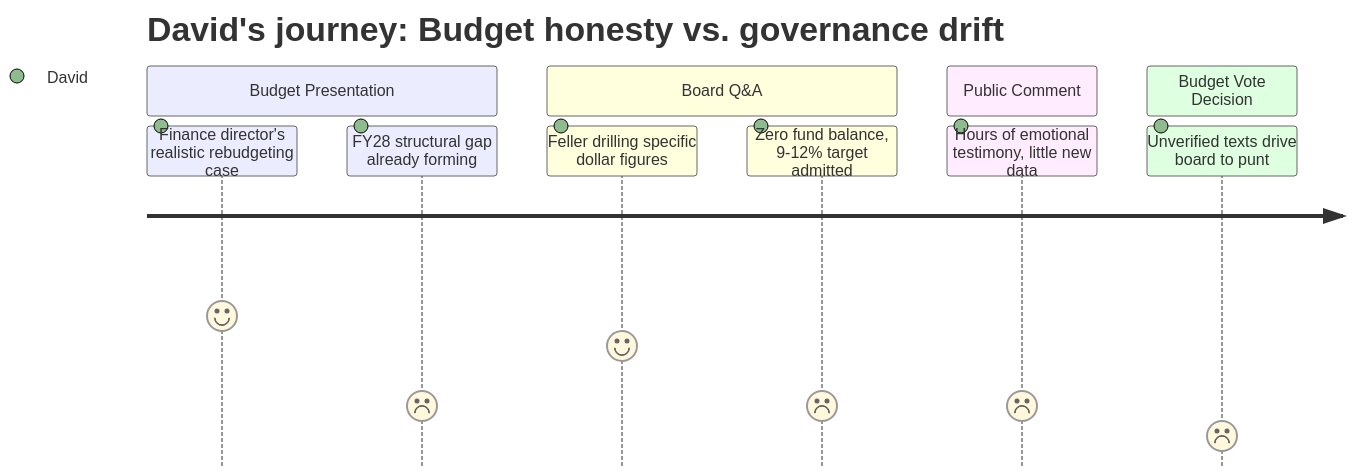
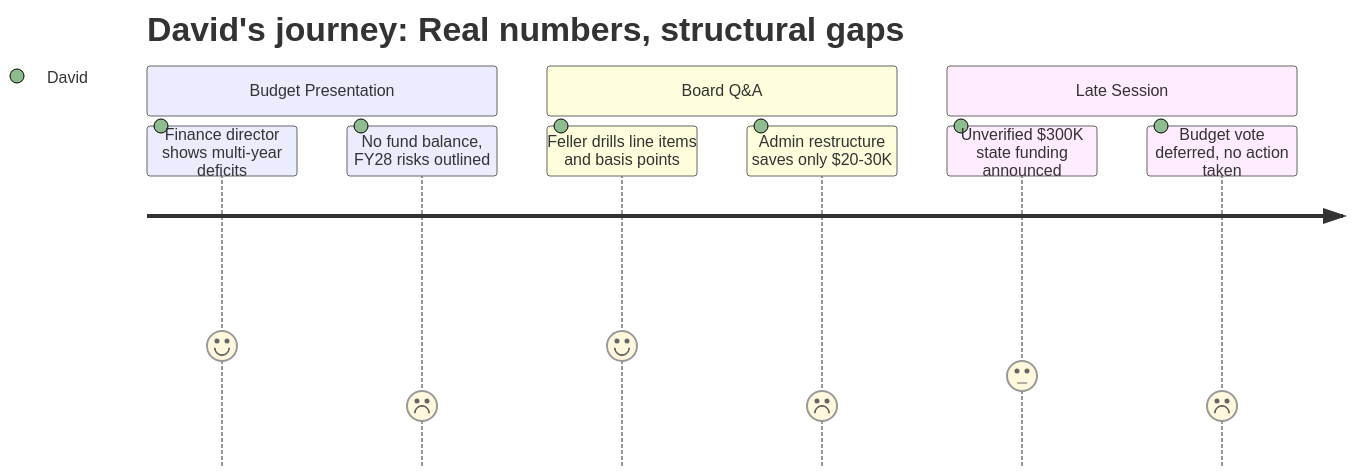
Before and after one commit to cristoslc/2026-south-portland-school-budget: the diagram in data/interpretation/meetings/2026-04-02-school-board/PERSONA-002.md, drawn with Mermaid. The commit also changed other lines of this file and 124 other files, not shown here.

````diff
--- a/data/interpretation/meetings/2026-04-02-school-board/PERSONA-002.md
+++ b/data/interpretation/meetings/2026-04-02-school-board/PERSONA-002.md
@@ -70,14 +77,13 @@
 ```mermaid
 journey
-    title David's journey: Budget honesty vs. governance drift
+    title David's journey: Real numbers, structural gaps
     section Budget Presentation
-        Finance director's realistic rebudgeting case: 5: David
-        FY28 structural gap already forming: 2: David
+        Finance director shows multi-year deficits: 4: David
+        No fund balance, FY28 risks outlined: 2: David
     section Board Q&A
-        Feller drilling specific dollar figures: 4: David
-        Zero fund balance, 9-12% target admitted: 2: David
-    section Public Comment
-        Hours of emotional testimony, little new data: 2: David
-    section Budget Vote Decision
-        Unverified texts drive board to punt: 1: David
+        Feller drills line items and basis points: 4: David
+        Admin restructure saves only $20-30K: 2: David
+    section Late Session
+        Unverified $300K state funding announced: 3: David
+        Budget vote deferred, no action taken: 2: David
 ```
````
